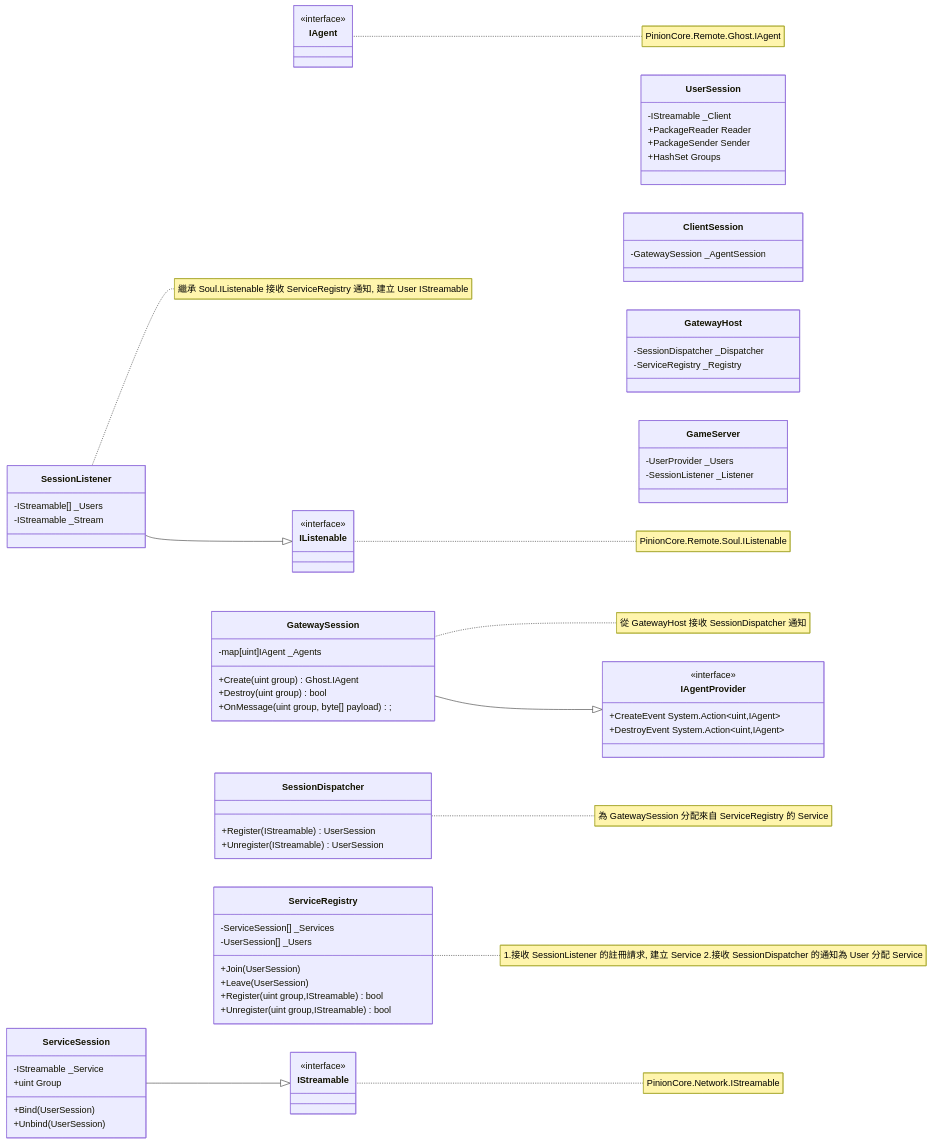
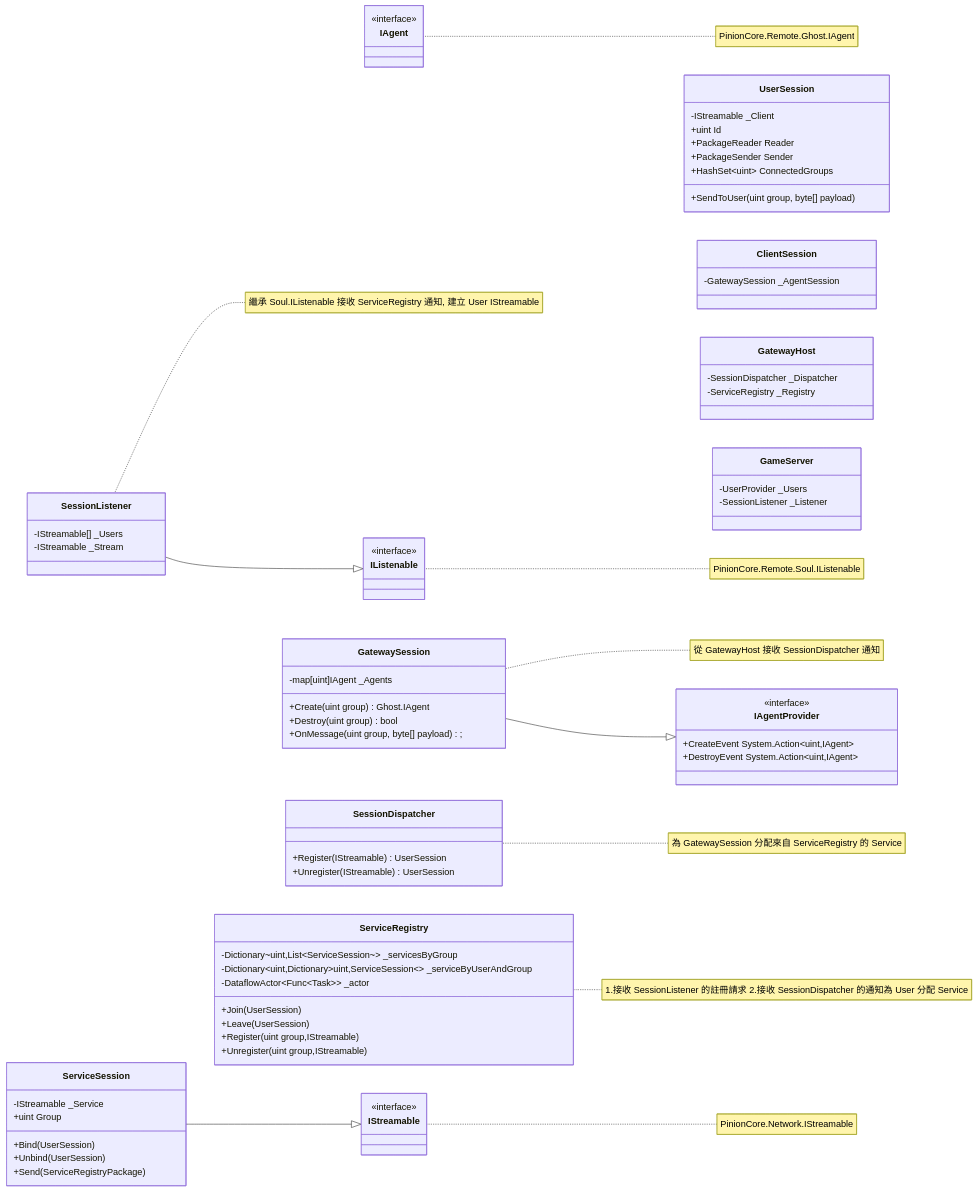
Before and after one commit to jiowchern/PinionCore.Remote: the third of 6 diagrams in PinionCore.Remote.Gateway/design.md, drawn with Mermaid. The commit also changed other lines of this file and 4 other files, not shown here.

```diff
--- a/PinionCore.Remote.Gateway/design.md
+++ b/PinionCore.Remote.Gateway/design.md
@@ -102,9 +101,11 @@
     }
     class UserSession {
 	    -IStreamable _Client
+	    +uint Id
 	    +PackageReader Reader
 	    +PackageSender Sender
-	    +HashSet Groups
+	    +HashSet~uint~ ConnectedGroups
+	    +SendToUser(uint group, byte[] payload)
     }
     note for SessionDispatcher "為 GatewaySession 分配來自 ServiceRegistry 的 Service"
     class SessionDispatcher {
@@ -116,16 +117,18 @@
 	    +uint Group
 	    +Bind(UserSession)
 	    +Unbind(UserSession)
+	    +Send(ServiceRegistryPackage)
     }
 
-    note for ServiceRegistry "1.接收 SessionListener 的註冊請求, 建立 Service 2.接收 SessionDispatcher 的通知為 User 分配 Service"
+    note for ServiceRegistry "1.接收 SessionListener 的註冊請求 2.接收 SessionDispatcher 的通知為 User 分配 Service"
     class ServiceRegistry {
-	    -ServiceSession[] _Services
-	    -UserSession[] _Users
+	    -Dictionary~uint,List~ServiceSession~~ _servicesByGroup
+	    -Dictionary~uint,Dictionary~uint,ServiceSession~~ _serviceByUserAndGroup
+	    -DataflowActor~Func~Task~~ _actor
 	    +Join(UserSession)
 	    +Leave(UserSession)
-	    +Register(uint group,IStreamable) bool
-	    +Unregister(uint group,IStreamable) bool
+	    +Register(uint group,IStreamable)
+	    +Unregister(uint group,IStreamable)
     }
 
     note for SessionListener "繼承 Soul.IListenable 接收 ServiceRegistry 通知, 建立 User IStreamable"
```
